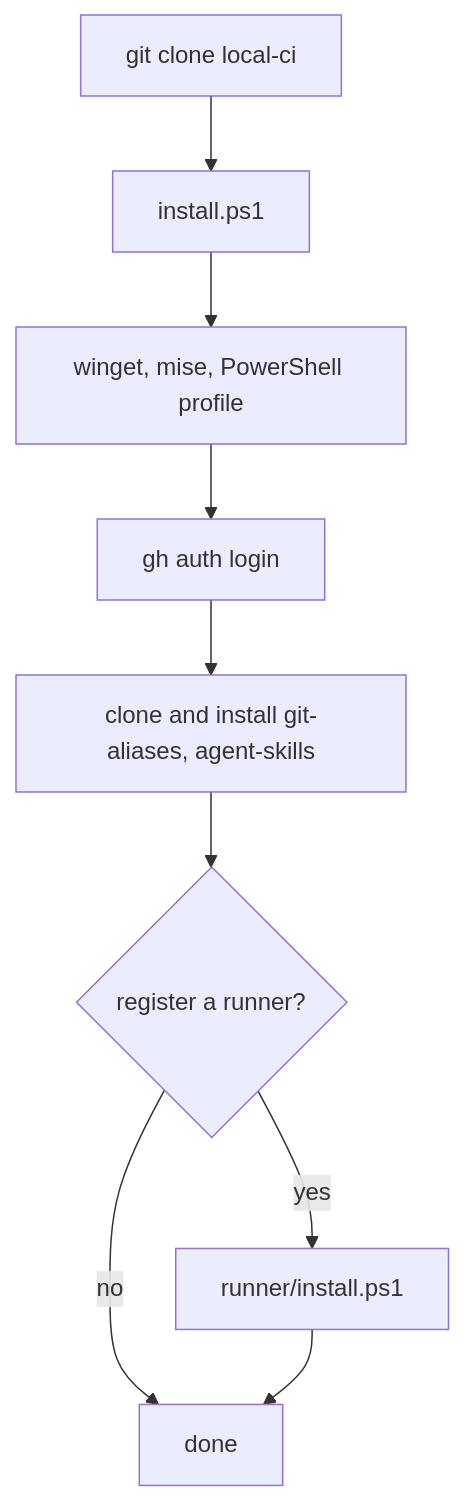
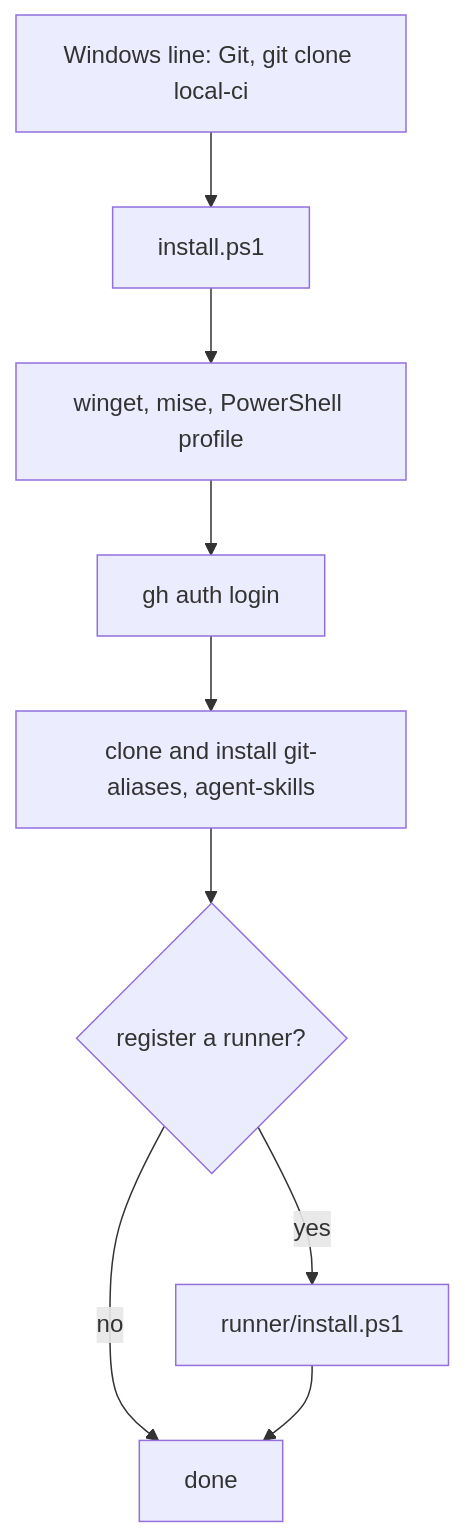
One commit to workbench-soft/local-ci changed the second of 6 diagrams in docs/user-flows.md. Above: the diagram before and after it, drawn with Mermaid. The commit also changed other lines of this file and 2 other files, not shown here.

Commit message:
docs: the one line setup and the skipped steps

````diff
--- a/docs/user-flows.md
+++ b/docs/user-flows.md
@@ -30,11 +33,11 @@
 ```mermaid
 flowchart TD
-  A[git clone local-ci] --> B[install.ps1]
+  A[Windows line: Git, git clone local-ci] --> B[install.ps1]
   B --> C[winget, mise, PowerShell profile]
   C --> D[gh auth login]
   D --> E[clone and install git-aliases, agent-skills]
   E --> F{register a runner?}
   F -- yes --> G[runner/install.ps1]
   F -- no --> H[done]
   G --> H
 ```
````
